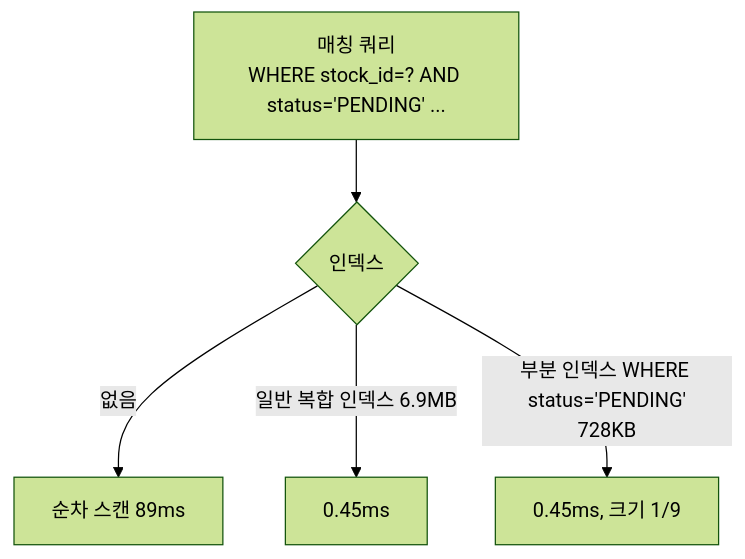
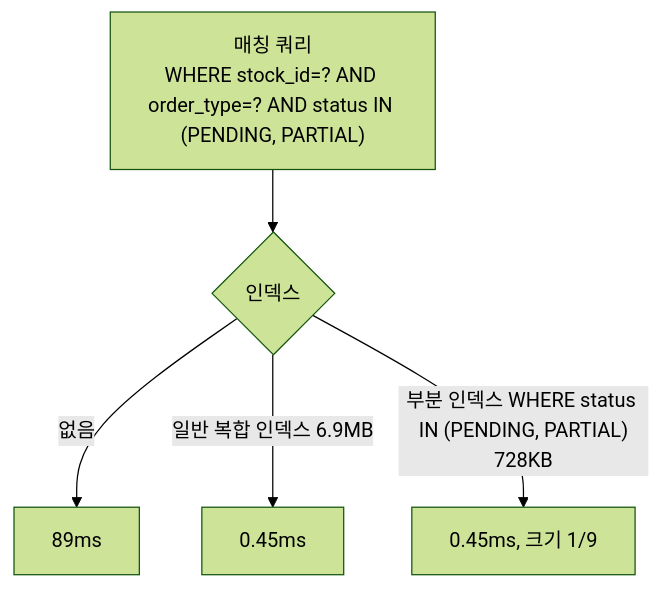
Before and after one commit to ochanhyeok/wefin-be: the third of 10 diagrams in docs/design-history.md, drawn with Mermaid (forest theme). The commit also changed other lines of this file, not shown here.

Commit message:
docs: 변경 기록 사실 확인 반영 (부분 인덱스 조건, 리뷰 서술)

````diff
--- a/docs/design-history.md
+++ b/docs/design-history.md
@@ -88,7 +88,7 @@
 ```mermaid
 flowchart TD
-    q["매칭 쿼리<br/>WHERE stock_id=? AND status='PENDING' ..."] --> c{인덱스}
-    c -->|없음| s1[순차 스캔 89ms]
+    q["매칭 쿼리<br/>WHERE stock_id=? AND order_type=? AND status IN (PENDING, PARTIAL)"] --> c{인덱스}
+    c -->|없음| s1[89ms]
     c -->|일반 복합 인덱스 6.9MB| s2[0.45ms]
-    c -->|"부분 인덱스 WHERE status='PENDING'<br/>728KB"| s3[0.45ms, 크기 1/9]
+    c -->|"부분 인덱스 WHERE status IN (PENDING, PARTIAL)<br/>728KB"| s3[0.45ms, 크기 1/9]
 ```
````
